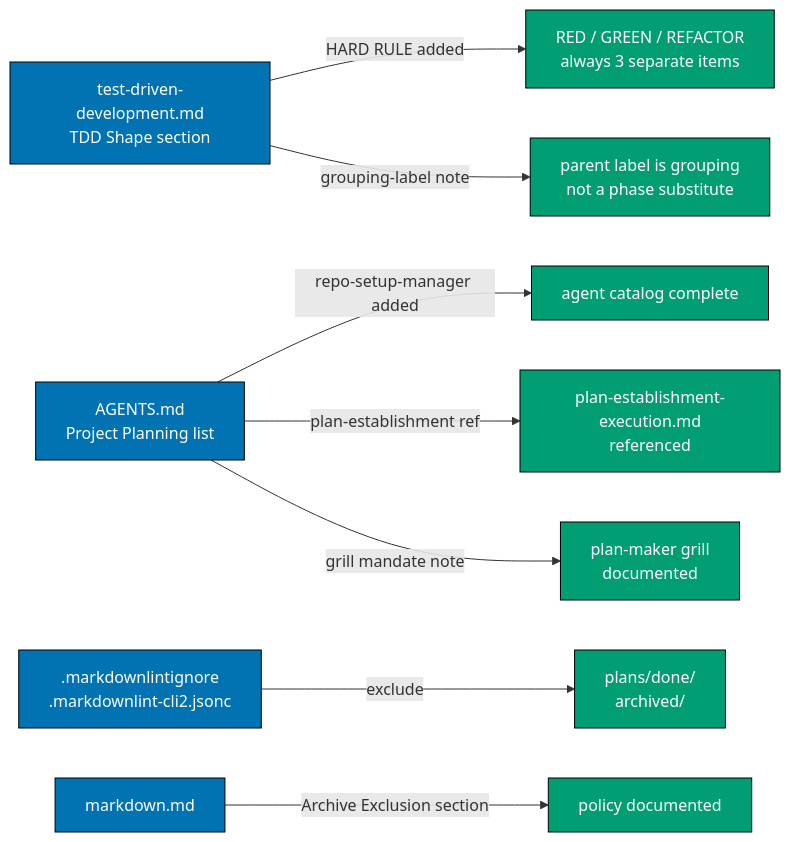
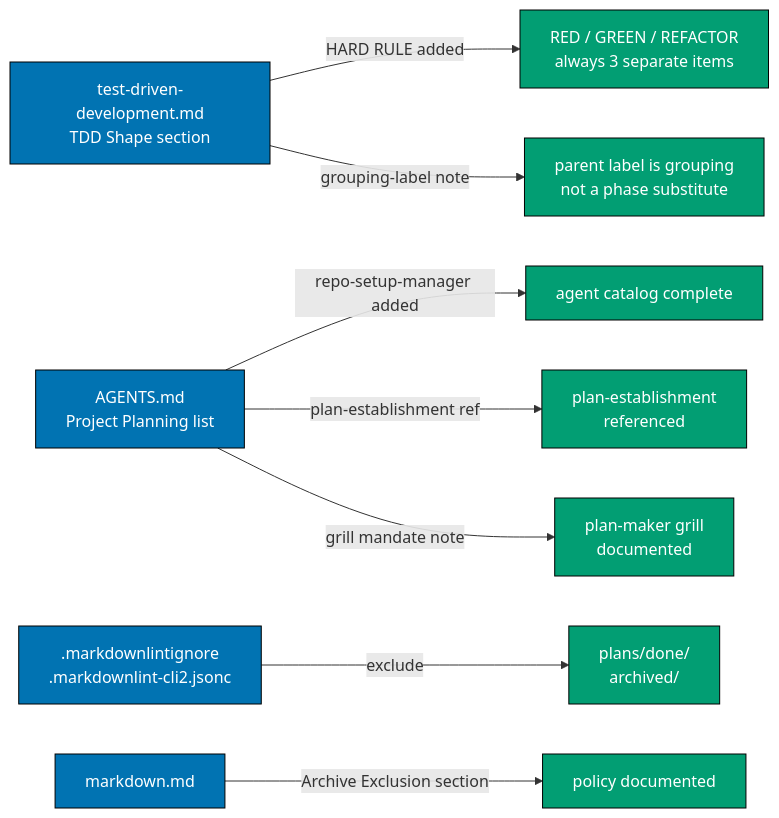
Before and after one commit to wahidyankf/ose-primer: the diagram in plans/in-progress/planning-system-overhaul/tech-docs.md, drawn with Mermaid. The commit also changed 5 other files, not shown here.

````diff
--- a/plans/in-progress/planning-system-overhaul/tech-docs.md
+++ b/plans/in-progress/planning-system-overhaul/tech-docs.md
@@ -8,22 +8,22 @@
 ```mermaid
 flowchart LR
     A[test-driven-development.md\nTDD Shape section] -->|HARD RULE added| B[RED / GREEN / REFACTOR\nalways 3 separate items]
     A -->|grouping-label note| C[parent label is grouping\nnot a phase substitute]
     D[AGENTS.md\nProject Planning list] -->|repo-setup-manager added| E[agent catalog complete]
-    D -->|plan-establishment ref| F[plan-establishment-execution.md\nreferenced]
+    D -->|plan-establishment ref| F[plan-establishment\nreferenced]
     D -->|grill mandate note| G[plan-maker grill\ndocumented]
     H[.markdownlintignore\n.markdownlint-cli2.jsonc] -->|exclude| I[plans/done/\narchived/]
     J[markdown.md] -->|Archive Exclusion section| K[policy documented]
 
     style A fill:#0173B2,stroke:#000,color:#FFF
     style D fill:#0173B2,stroke:#000,color:#FFF
     style H fill:#0173B2,stroke:#000,color:#FFF
     style J fill:#0173B2,stroke:#000,color:#FFF
     style B fill:#029E73,stroke:#000,color:#FFF
     style C fill:#029E73,stroke:#000,color:#FFF
     style E fill:#029E73,stroke:#000,color:#FFF
     style F fill:#029E73,stroke:#000,color:#FFF
     style G fill:#029E73,stroke:#000,color:#FFF
     style I fill:#029E73,stroke:#000,color:#FFF
     style K fill:#029E73,stroke:#000,color:#FFF
 ```
````
